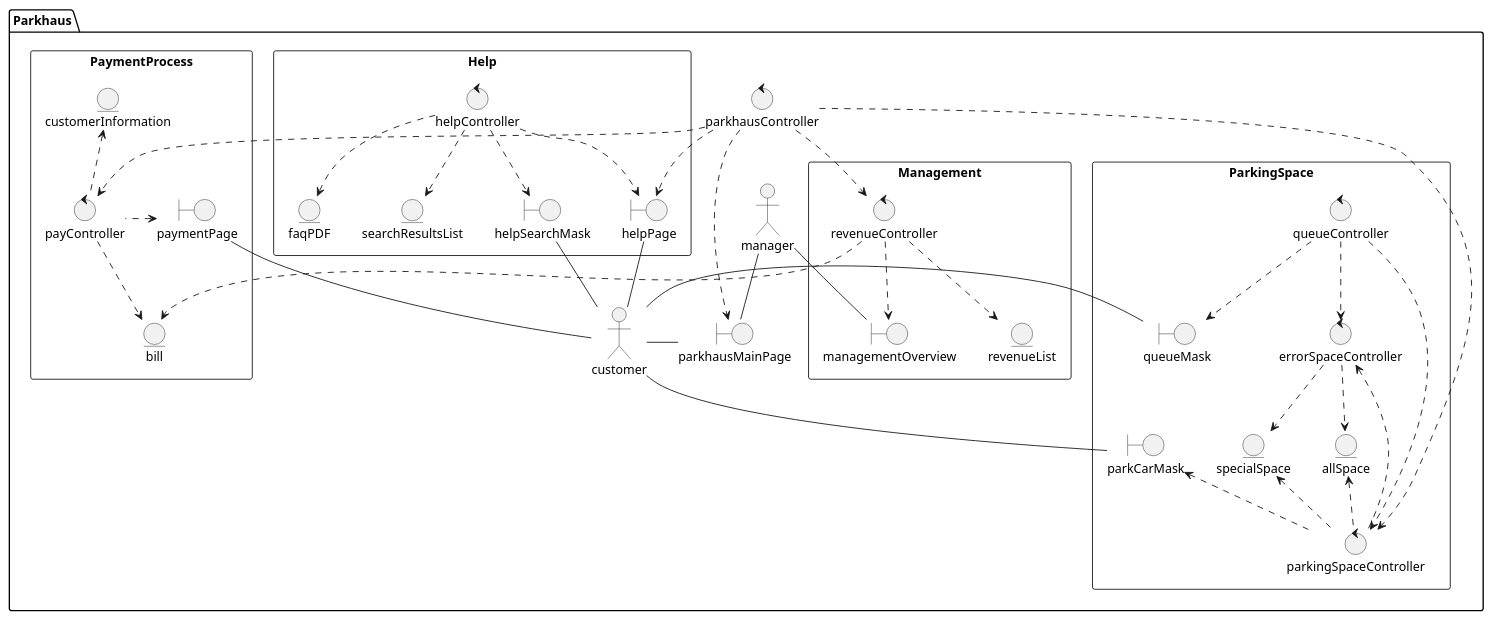
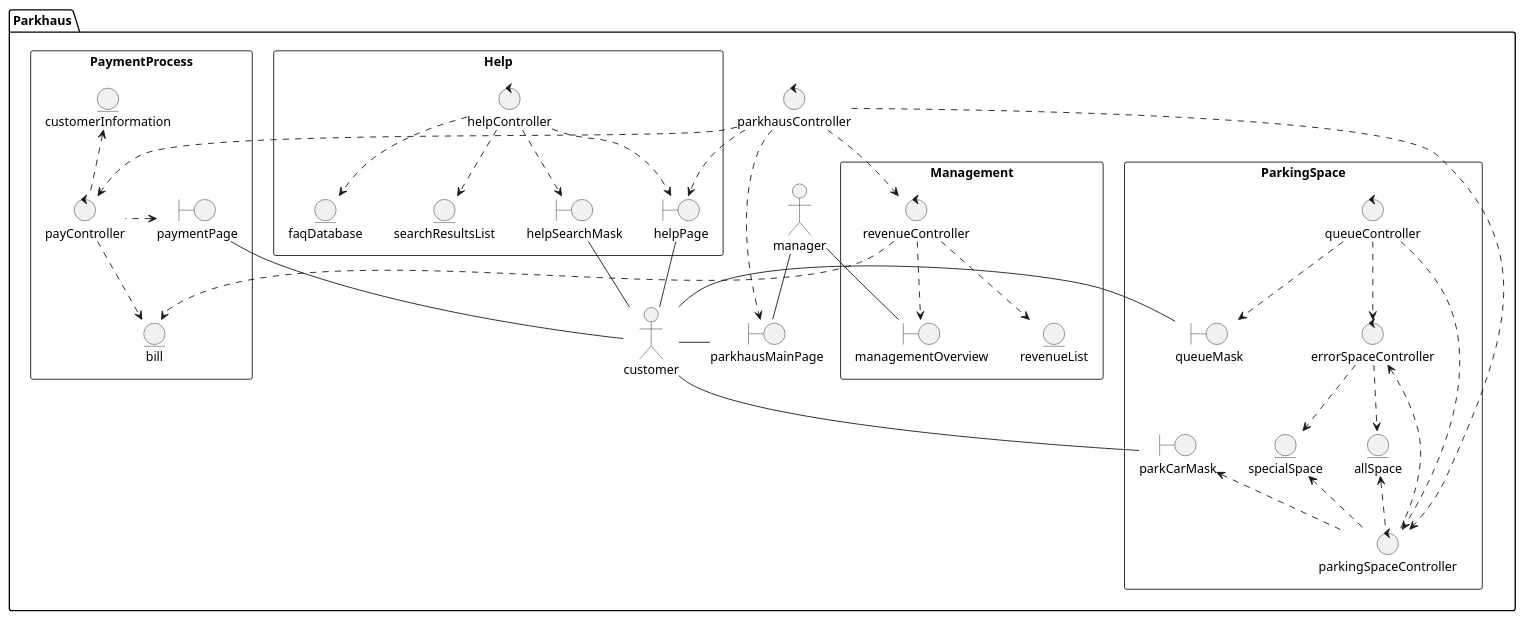
Before and after one commit to 1nbetw33n/Parkhaus_new: the diagram in src/main/team_space/exercise5/ra_Parkhaus.puml, drawn with PlantUML. The commit also changed 2 other files, not shown here.

```diff
--- a/src/main/team_space/exercise5/ra_Parkhaus.puml
+++ b/src/main/team_space/exercise5/ra_Parkhaus.puml
@@ -1,97 +1,97 @@
 @startuml
 
 package Parkhaus {
 
 actor customer as c
 actor manager as m
 control parkhausController
 boundary parkhausMainPage
 
     rectangle PaymentProcess {
         boundary paymentPage
         control payController
         entity customerInformation
         entity bill
 
         payController .up.> customerInformation
         payController .left.> paymentPage
         payController ..> bill
 
         c -up- paymentPage
 
 
     }
 
     rectangle Help {
         boundary helpPage
         boundary helpSearchMask
         control helpController
-        entity faqPDF
+        entity faqDatabase
         entity searchResultsList
 
         helpController ..> helpPage
-        helpController ..> faqPDF
+        helpController ..> faqDatabase
         helpController ..> helpSearchMask
         helpController ..> searchResultsList
 
         c -up- helpPage
         c -up- helpSearchMask
 
     }
 
     rectangle Management {
 
         boundary managementOverview
         control revenueController
         entity revenueList
 
         m -down- managementOverview
         m - parkhausMainPage
 
         parkhausController ..> revenueController
         revenueController ..> managementOverview
         revenueController ..> revenueList
         revenueController ..> bill
 
     }
 
     rectangle ParkingSpace {
         boundary parkCarMask
         boundary queueMask
         control parkingSpaceController
         control errorSpaceController
         control queueController
         entity allSpace
         entity specialSpace
 
 
 
         parkingSpaceController .up.> parkCarMask
         parkingSpaceController .up.> allSpace
         parkingSpaceController .up.> specialSpace
         parkingSpaceController .up.> errorSpaceController
 
         errorSpaceController ..> allSpace
         errorSpaceController ..> specialSpace
 
         queueController ..> errorSpaceController
         queueController ..> queueMask
         queueController ..> parkingSpaceController
 
         c - parkCarMask
         c - queueMask
 
 
 
     }
 
     parkhausController ..> parkingSpaceController
     parkhausController ..> payController
     parkhausController ..> helpPage
     parkhausController ..> parkhausMainPage
     c - parkhausMainPage
 
 
 }
 
 @enduml
```
